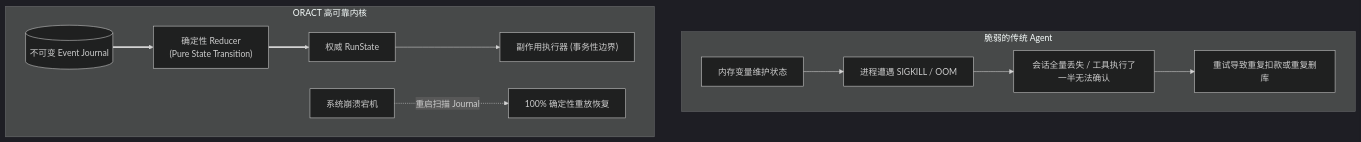
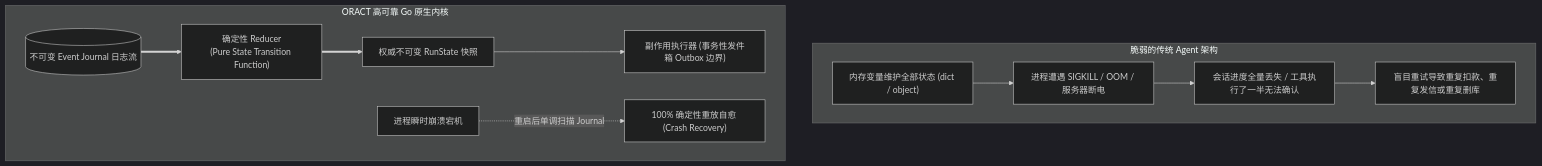
One commit to MoreConsequence/MoreConsequence.github.io changed the first of 2 diagrams in content/posts/oract-01-durable-agent-kernel.md. Above: the diagram before and after it, drawn with Mermaid (dark theme). The commit also changed other lines of this file and 11 other files, not shown here.

````diff
--- a/content/posts/oract-01-durable-agent-kernel.md
+++ b/content/posts/oract-01-durable-agent-kernel.md
@@ -19,15 +19,15 @@
 ```mermaid
 flowchart TB
-    subgraph FragileAgent["脆弱的传统 Agent"]
-        MemState["内存变量维护状态"] --> Crash["进程遭遇 SIGKILL / OOM"]
-        Crash --> Lost["会话全量丢失 / 工具执行了一半无法确认"]
-        Lost --> Duplicate["重试导致重复扣款或重复删库"]
+    subgraph FragileAgent["脆弱的传统 Agent 架构"]
+        MemState["内存变量维护全部状态 (dict / object)"] --> Crash["进程遭遇 SIGKILL / OOM / 服务器断电"]
+        Crash --> Lost["会话进度全量丢失 / 工具执行了一半无法确认"]
+        Lost --> Duplicate["盲目重试导致重复扣款、重复发信或重复删库"]
     end
 
-    subgraph ORACTKernel["ORACT 高可靠内核"]
-        EJ[(不可变 Event Journal)] ==> Reducer["确定性 Reducer<br/>(Pure State Transition)"]
-        Reducer ==> RunState["权威 RunState"]
-        RunState --> Effect["副作用执行器 (事务性边界)"]
-        Crash2["系统崩溃宕机"] -.->|"重启扫描 Journal"| Replay["100% 确定性重放恢复"]
+    subgraph ORACTKernel["ORACT 高可靠 Go 原生内核"]
+        EJ[(不可变 Event Journal 日志流)] ==> Reducer["确定性 Reducer<br/>(Pure State Transition Function)"]
+        Reducer ==> RunState["权威不可变 RunState 快照"]
+        RunState --> Effect["副作用执行器 (事务性发件箱 Outbox 边界)"]
+        Crash2["进程瞬时崩溃宕机"] -.->|"重启后单调扫描 Journal"| Replay["100% 确定性重放自愈 (Crash Recovery)"]
     end
 ```
````
